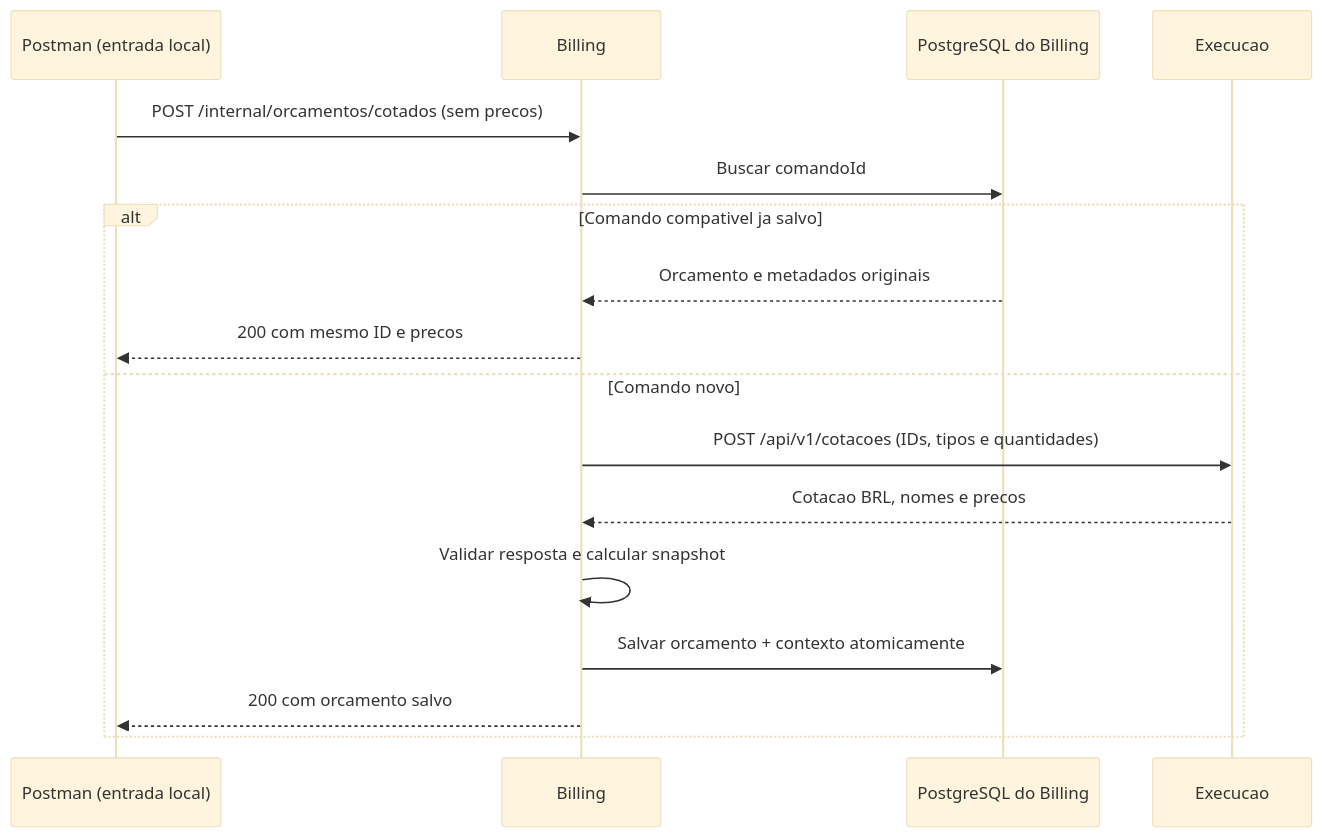
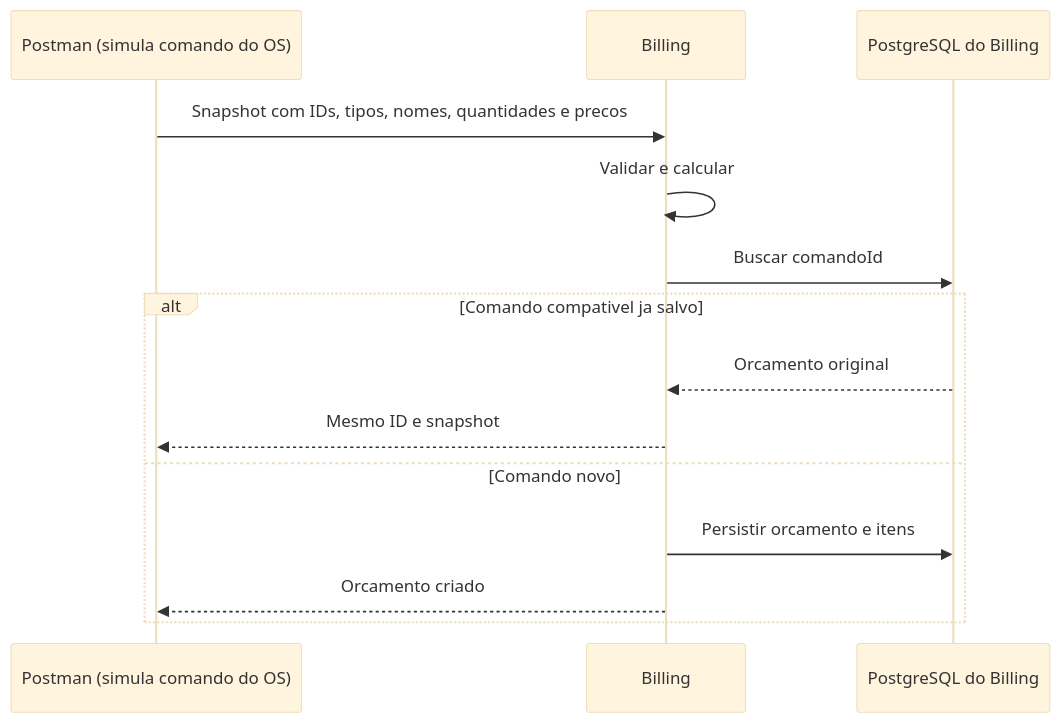
The diagram in docs/fluxo-de-negocio.md (pisanohub/oficina-fiap-billing-service), drawn with Mermaid (base theme) before and after one commit. The commit also changed other lines of this file and 34 other files, not shown here.

Commit message:
fix: alinhar geracao de orcamento ao snapshot do OS no ADR-P4

````diff
--- a/docs/fluxo-de-negocio.md
+++ b/docs/fluxo-de-negocio.md
@@ -59,19 +47,16 @@
 ```mermaid
 sequenceDiagram
-    participant P as Postman (entrada local)
+    participant P as Postman (simula comando do OS)
     participant B as Billing
     participant D as PostgreSQL do Billing
-    participant E as Execucao
-    P->>B: POST /internal/orcamentos/cotados (sem precos)
+    P->>B: Snapshot com IDs, tipos, nomes, quantidades e precos
+    B->>B: Validar e calcular
     B->>D: Buscar comandoId
     alt Comando compativel ja salvo
-        D-->>B: Orcamento e metadados originais
-        B-->>P: 200 com mesmo ID e precos
+        D-->>B: Orcamento original
+        B-->>P: Mesmo ID e snapshot
     else Comando novo
-        B->>E: POST /api/v1/cotacoes (IDs, tipos e quantidades)
-        E-->>B: Cotacao BRL, nomes e precos
-        B->>B: Validar resposta e calcular snapshot
-        B->>D: Salvar orcamento + contexto atomicamente
-        B-->>P: 200 com orcamento salvo
+        B->>D: Persistir orcamento e itens
+        B-->>P: Orcamento criado
     end
 ```
````
